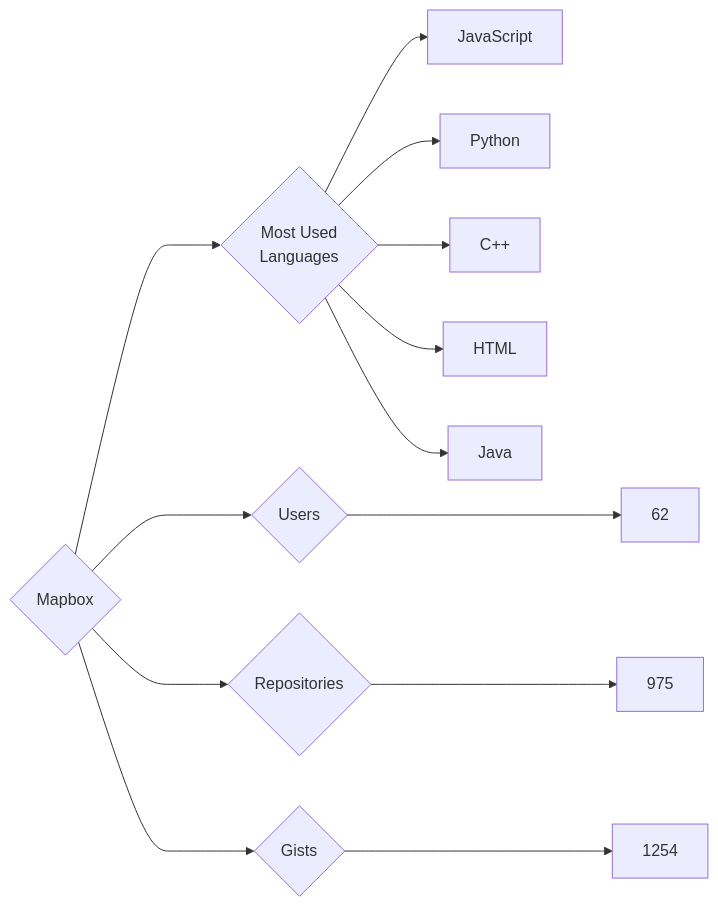
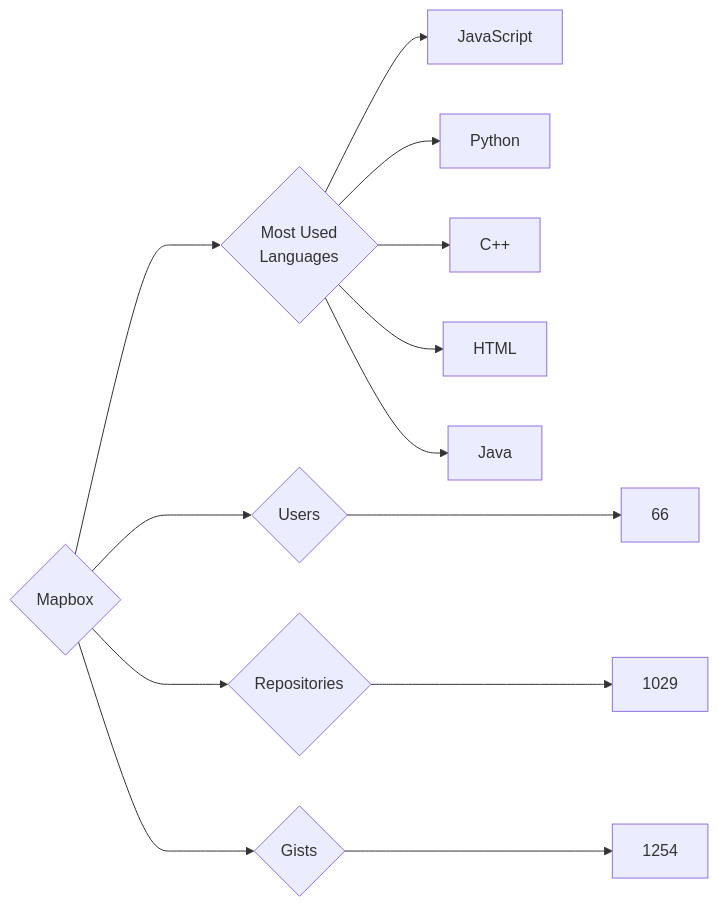
Before and after one commit to trickest/insiders: the diagram in targets/Mapbox/README.md, drawn with Mermaid. The commit also changed 814 other files, not shown here.

````diff
--- a/targets/Mapbox/README.md
+++ b/targets/Mapbox/README.md
@@ -3,13 +3,13 @@
 ```mermaid
 graph LR
 COMPANY_NAME{Mapbox}
-COMPANY_NAME ---> U{Users} ---> UN[62]
-COMPANY_NAME ---> R{Repositories} ---> RN[975]
+COMPANY_NAME ---> U{Users} ---> UN[66]
+COMPANY_NAME ---> R{Repositories} ---> RN[1029]
 COMPANY_NAME ---> G{Gists} ---> GN[1254]
 COMPANY_NAME ---> ML{Most Used<br>Languages}
 ML --> JavaScript[JavaScript]
 ML --> Python[Python]
 ML --> C++[C++]
 ML --> HTML[HTML]
 ML --> Java[Java]
 ```
````
